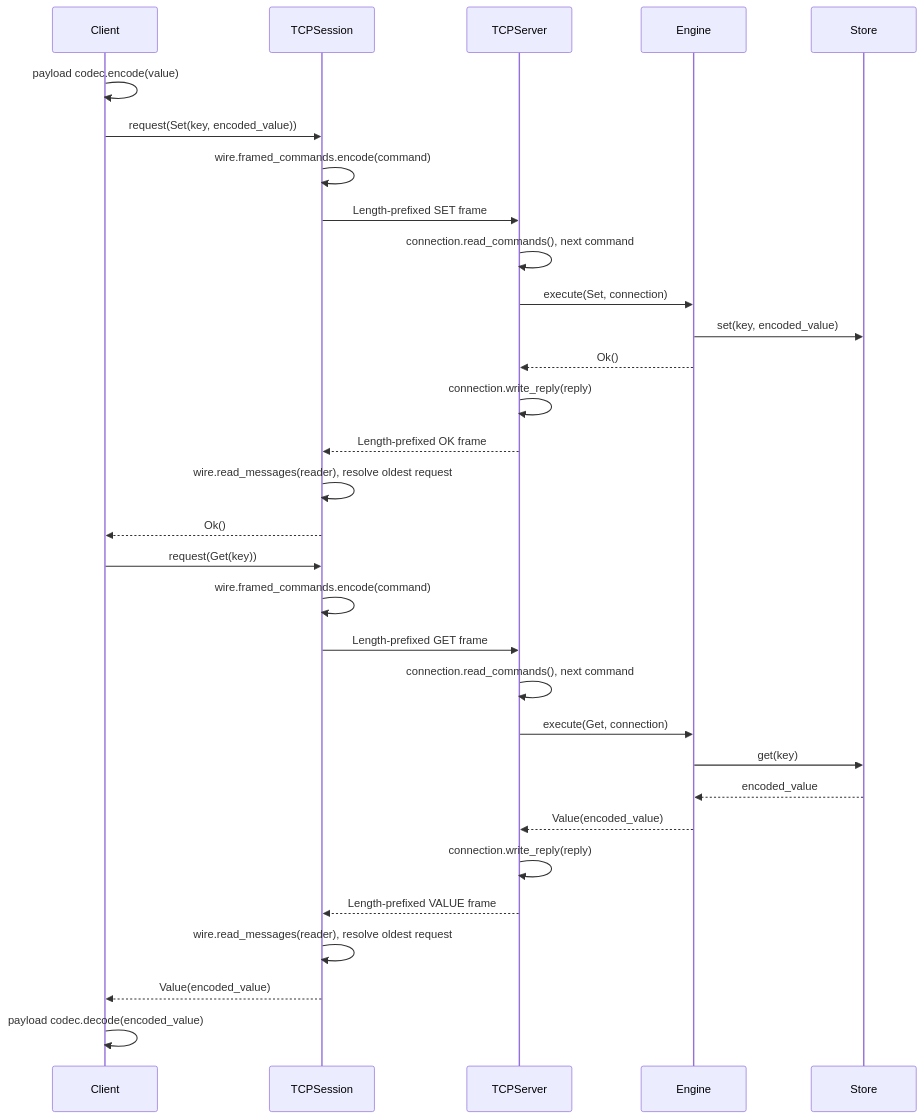
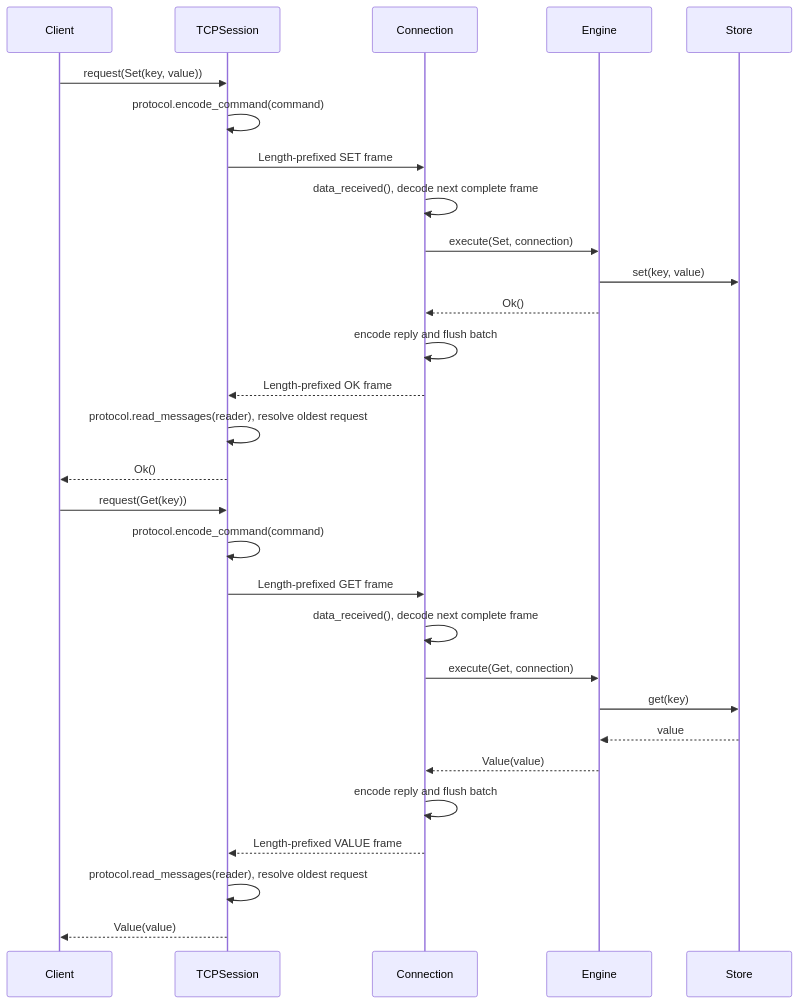
The second of 5 diagrams in README.md (gchape/velis), drawn with Mermaid before and after one commit. The commit also changed other lines of this file and 1 other file, not shown here.

First line of the commit message:
docs: describe fixed wire framing and opaque client payloads

````diff
--- a/README.md
+++ b/README.md
@@ -178,35 +159,33 @@
 ```mermaid
 sequenceDiagram
     participant C as Client
     participant T as TCPSession
-    participant S as TCPServer
+    participant S as Connection
     participant E as Engine
     participant K as Store
 
-    C->>C: payload codec.encode(value)
-    C->>T: request(Set(key, encoded_value))
-    T->>T: wire.framed_commands.encode(command)
+    C->>T: request(Set(key, value))
+    T->>T: protocol.encode_command(command)
     T->>S: Length-prefixed SET frame
-    S->>S: connection.read_commands(), next command
+    S->>S: data_received(), decode next complete frame
     S->>E: execute(Set, connection)
-    E->>K: set(key, encoded_value)
+    E->>K: set(key, value)
     E-->>S: Ok()
-    S->>S: connection.write_reply(reply)
+    S->>S: encode reply and flush batch
     S-->>T: Length-prefixed OK frame
-    T->>T: wire.read_messages(reader), resolve oldest request
+    T->>T: protocol.read_messages(reader), resolve oldest request
     T-->>C: Ok()
 
     C->>T: request(Get(key))
-    T->>T: wire.framed_commands.encode(command)
+    T->>T: protocol.encode_command(command)
     T->>S: Length-prefixed GET frame
-    S->>S: connection.read_commands(), next command
+    S->>S: data_received(), decode next complete frame
     S->>E: execute(Get, connection)
     E->>K: get(key)
-    K-->>E: encoded_value
-    E-->>S: Value(encoded_value)
-    S->>S: connection.write_reply(reply)
+    K-->>E: value
+    E-->>S: Value(value)
+    S->>S: encode reply and flush batch
     S-->>T: Length-prefixed VALUE frame
-    T->>T: wire.read_messages(reader), resolve oldest request
-    T-->>C: Value(encoded_value)
-    C->>C: payload codec.decode(encoded_value)
+    T->>T: protocol.read_messages(reader), resolve oldest request
+    T-->>C: Value(value)
 ```
````
